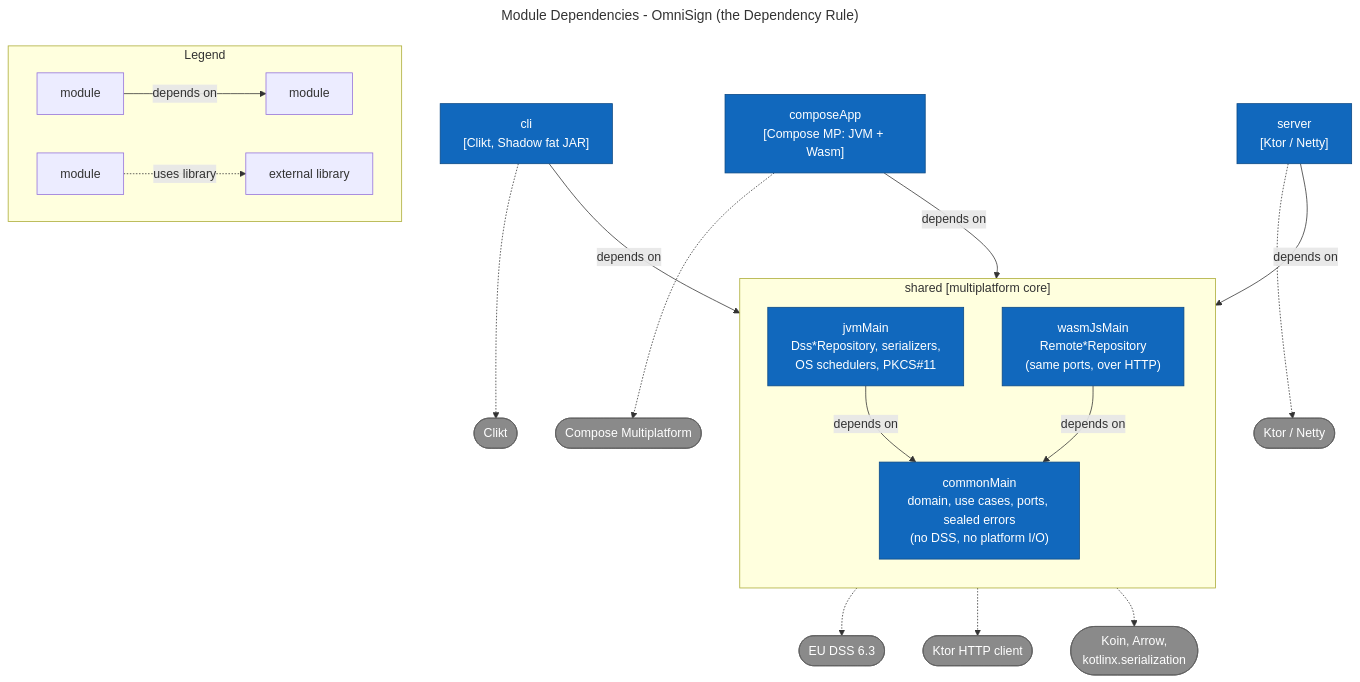
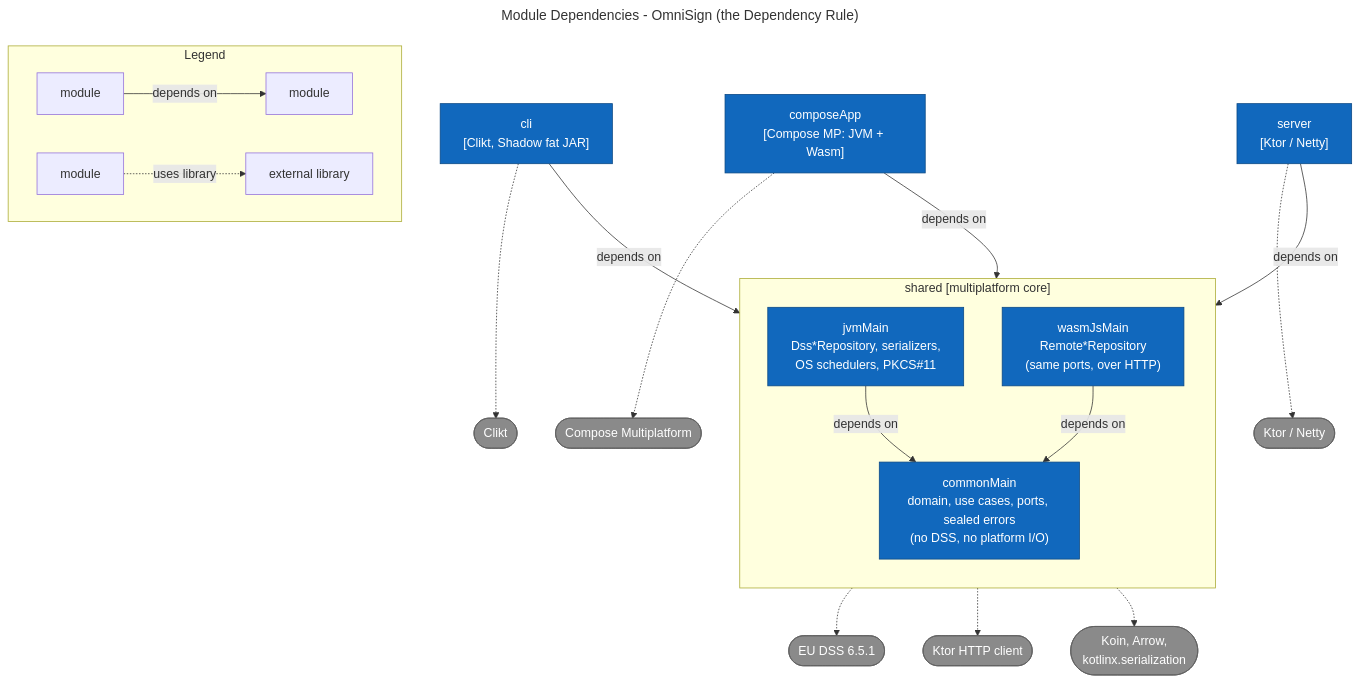
One commit to pizavo/omnisign changed the diagram in docs/diagrams/04-module-dependencies.mmd. Above: the diagram before and after it, drawn with Mermaid. The commit also changed 69 other files, not shown here.

```diff
--- a/docs/diagrams/04-module-dependencies.mmd
+++ b/docs/diagrams/04-module-dependencies.mmd
@@ -1,45 +1,45 @@
 ---
 title: Module Dependencies - OmniSign (the Dependency Rule)
 ---
 flowchart TB
   CLI["cli<br/>[Clikt, Shadow fat JAR]"]
   CA["composeApp<br/>[Compose MP: JVM + Wasm]"]
   SRV["server<br/>[Ktor / Netty]"]
 
   subgraph SHARED["shared  [multiplatform core]"]
     direction TB
     JVM["jvmMain<br/>Dss*Repository, serializers,<br/>OS schedulers, PKCS#11"]
     WASM["wasmJsMain<br/>Remote*Repository<br/>(same ports, over HTTP)"]
     COMMON["commonMain<br/>domain, use cases, ports, sealed errors<br/>(no DSS, no platform I/O)"]
     JVM -->|depends on| COMMON
     WASM -->|depends on| COMMON
   end
 
   CLI -->|depends on| SHARED
   CA -->|depends on| SHARED
   SRV -->|depends on| SHARED
 
   CLIKT(["Clikt"])
   COMPOSE(["Compose Multiplatform"])
   KTOR(["Ktor / Netty"])
   KTORCL(["Ktor HTTP client"])
-  DSSLIB(["EU DSS 6.3"])
+  DSSLIB(["EU DSS 6.5.1"])
   FUND(["Koin, Arrow,<br/>kotlinx.serialization"])
 
   CLI -.-> CLIKT
   CA -.-> COMPOSE
   SRV -.-> KTOR
   JVM -.-> DSSLIB
   WASM -.-> KTORCL
   COMMON -.-> FUND
 
   subgraph legend["Legend"]
     direction LR
     la["module"] -->|"depends on"| lb["module"]
     lc["module"] -.->|"uses library"| ld["external library"]
   end
 
   classDef mod fill:#1168bd,stroke:#0b4884,color:#ffffff
   classDef lib fill:#8a8a8a,stroke:#5f5f5f,color:#ffffff
   class CLI,CA,SRV,JVM,WASM,COMMON mod
   class CLIKT,COMPOSE,KTOR,KTORCL,DSSLIB,FUND lib
```
